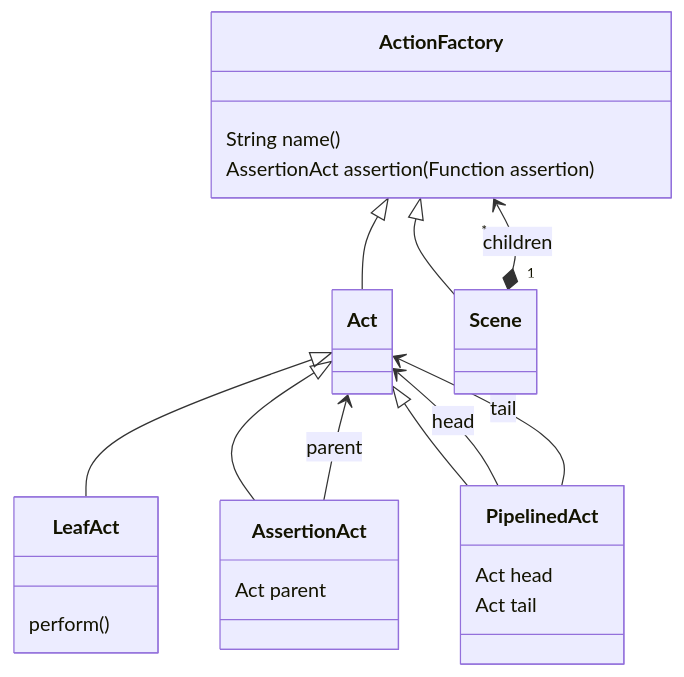
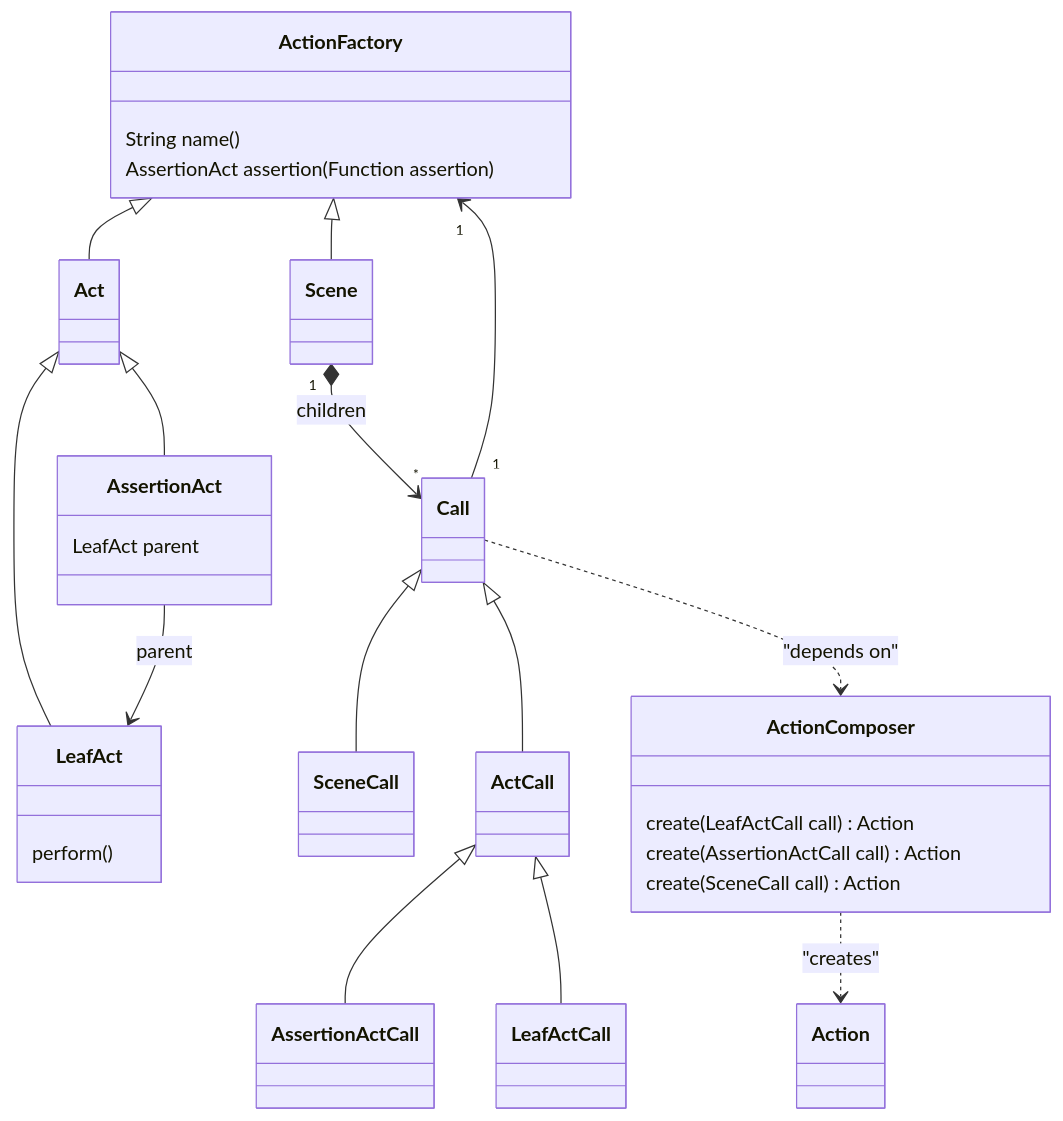
Before and after one commit to moneyforward/insdog: the diagram in src/main/java/jp/co/moneyforward/autotest/framework/action/package-info.md, drawn with Mermaid. The commit also changed other lines of this file and 25 other files, not shown here.

Commit message:
Clean up documentation and clean up 'SceneCall' structure

````diff
--- a/src/main/java/jp/co/moneyforward/autotest/framework/action/package-info.md
+++ b/src/main/java/jp/co/moneyforward/autotest/framework/action/package-info.md
@@ -7,27 +7,32 @@
 ```mermaid
 classDiagram
     ActionFactory <|-- Act
     Act <|-- LeafAct
     Act <|-- AssertionAct
-    Act <|-- PipelinedAct
     ActionFactory <|-- Scene
-    Scene "1" *--> "*" ActionFactory : children
-    PipelinedAct --> Act: head
-    PipelinedAct --> Act: tail
-    AssertionAct --> Act: parent
+    Scene "1" *--> "*" Call : children
+    AssertionAct --> LeafAct: parent
+    Call <|-- SceneCall
+    Call <|-- ActCall
+    ActCall <|-- AssertionActCall
+    ActCall <|-- LeafActCall
+    Call "1" --> "1" ActionFactory
+    Call ..> ActionComposer : "depends on"
+    ActionComposer ..> Action : "creates"
 
     class ActionFactory {
         String name()
         AssertionAct assertion(Function assertion)
     }
     class LeafAct {
         perform()
     }
     class AssertionAct {
-        Act parent
+        LeafAct parent
     }
-    class PipelinedAct {
-        Act head
-        Act tail
+    class ActionComposer {
+        create(LeafActCall call) Action
+        create(AssertionActCall call) Action
+        create(SceneCall call) Action 
     }
 ```
````
